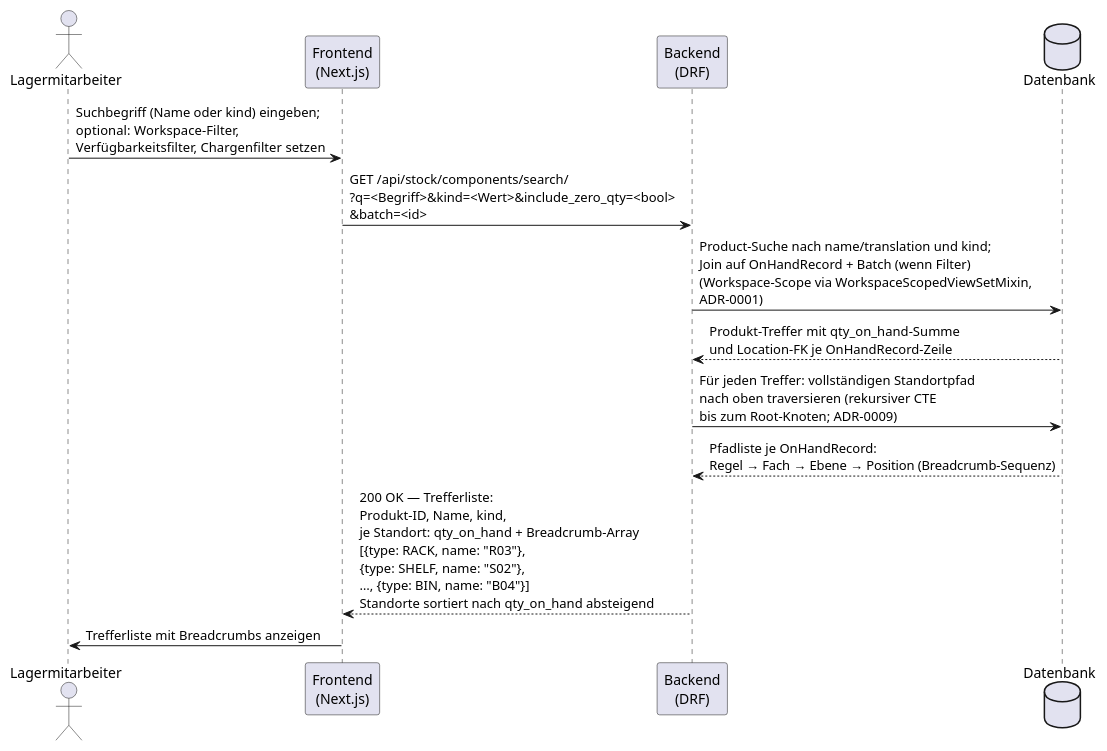
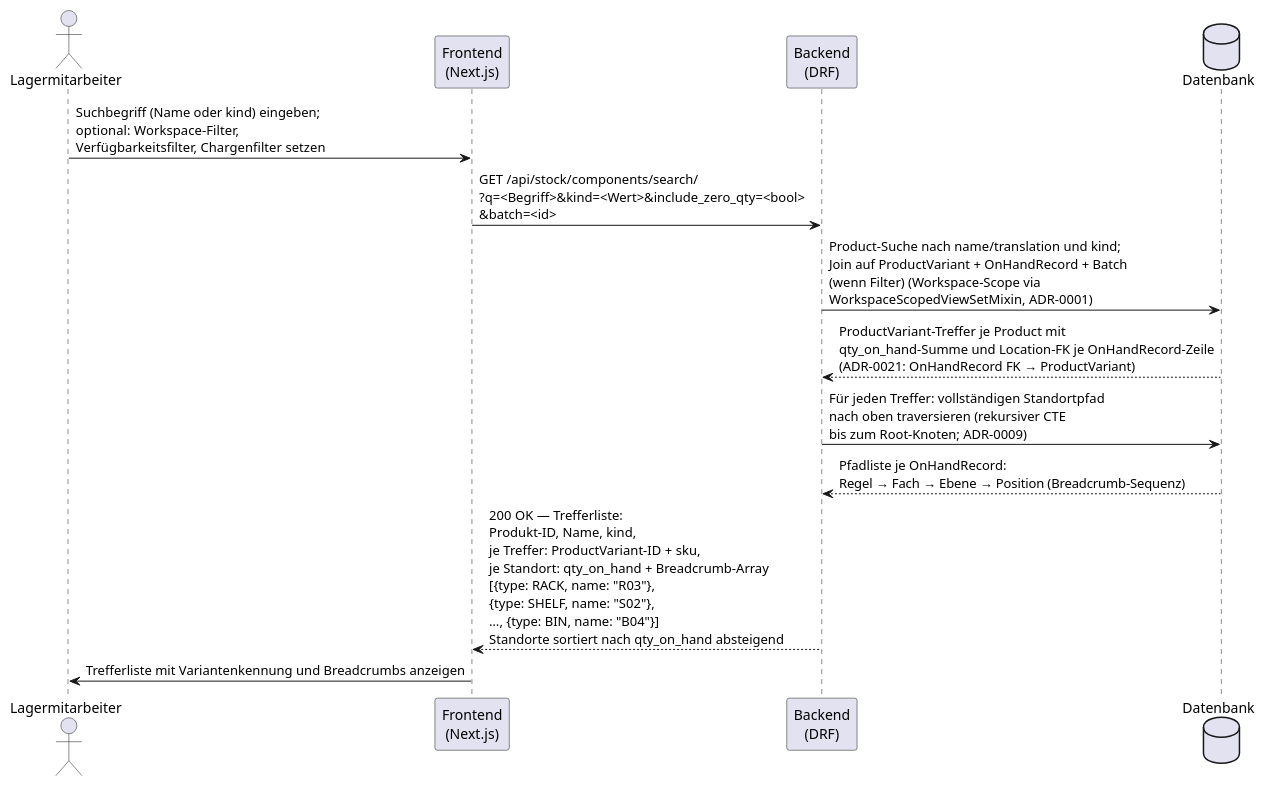
Before and after one commit to KoalixSwitzerland/koalixcrm_system: the diagram in use_cases/use_case_0008.md, drawn with PlantUML. The commit also changed other lines of this file and 21 other files, not shown here.

First line of the commit message:
Feat/adr 0019 product kind invariants (#13)

````diff
--- a/use_cases/use_case_0008.md
+++ b/use_cases/use_case_0008.md
@@ -30,17 +30,17 @@
 ```plantuml
 @startuml UC-0008-Hauptablauf
 actor "Lagermitarbeiter" as LM
 participant "Frontend\n(Next.js)" as FE
 participant "Backend\n(DRF)" as BE
 database "Datenbank" as DB
 
 LM -> FE : Suchbegriff (Name oder kind) eingeben;\noptional: Workspace-Filter,\nVerfügbarkeitsfilter, Chargenfilter setzen
 FE -> BE : GET /api/stock/components/search/\n?q=<Begriff>&kind=<Wert>&include_zero_qty=<bool>\n&batch=<id>
-BE -> DB : Product-Suche nach name/translation und kind;\nJoin auf OnHandRecord + Batch (wenn Filter)\n(Workspace-Scope via WorkspaceScopedViewSetMixin,\nADR-0001)
-DB --> BE : Produkt-Treffer mit qty_on_hand-Summe\nund Location-FK je OnHandRecord-Zeile
+BE -> DB : Product-Suche nach name/translation und kind;\nJoin auf ProductVariant + OnHandRecord + Batch\n(wenn Filter) (Workspace-Scope via\nWorkspaceScopedViewSetMixin, ADR-0001)
+DB --> BE : ProductVariant-Treffer je Product mit\nqty_on_hand-Summe und Location-FK je OnHandRecord-Zeile\n(ADR-0021: OnHandRecord FK → ProductVariant)
 BE -> DB : Für jeden Treffer: vollständigen Standortpfad\nnach oben traversieren (rekursiver CTE\nbis zum Root-Knoten; ADR-0009)
 DB --> BE : Pfadliste je OnHandRecord:\nRegel → Fach → Ebene → Position (Breadcrumb-Sequenz)
-BE --> FE : 200 OK — Trefferliste:\nProdukt-ID, Name, kind,\nje Standort: qty_on_hand + Breadcrumb-Array\n[{type: RACK, name: "R03"},\n{type: SHELF, name: "S02"},\n…, {type: BIN, name: "B04"}]\nStandorte sortiert nach qty_on_hand absteigend
-FE -> LM : Trefferliste mit Breadcrumbs anzeigen
+BE --> FE : 200 OK — Trefferliste:\nProdukt-ID, Name, kind,\nje Treffer: ProductVariant-ID + sku,\nje Standort: qty_on_hand + Breadcrumb-Array\n[{type: RACK, name: "R03"},\n{type: SHELF, name: "S02"},\n…, {type: BIN, name: "B04"}]\nStandorte sortiert nach qty_on_hand absteigend
+FE -> LM : Trefferliste mit Variantenkennung und Breadcrumbs anzeigen
 @enduml
 ```
````
